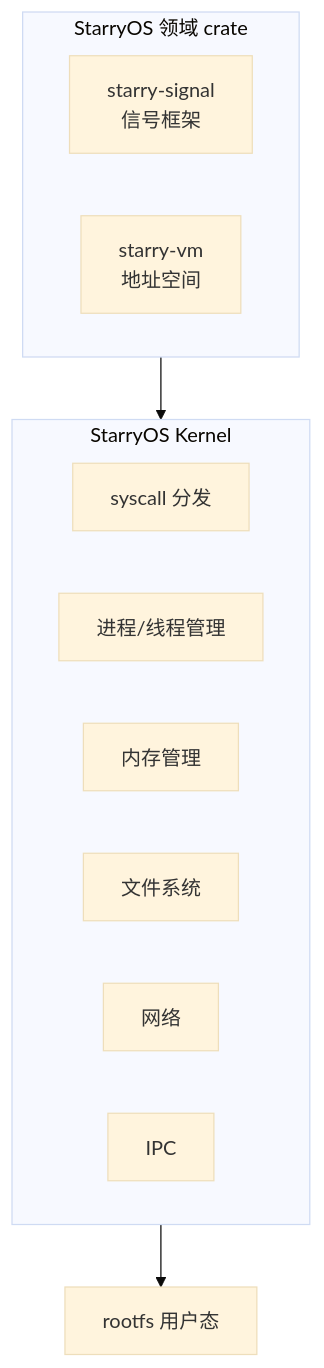
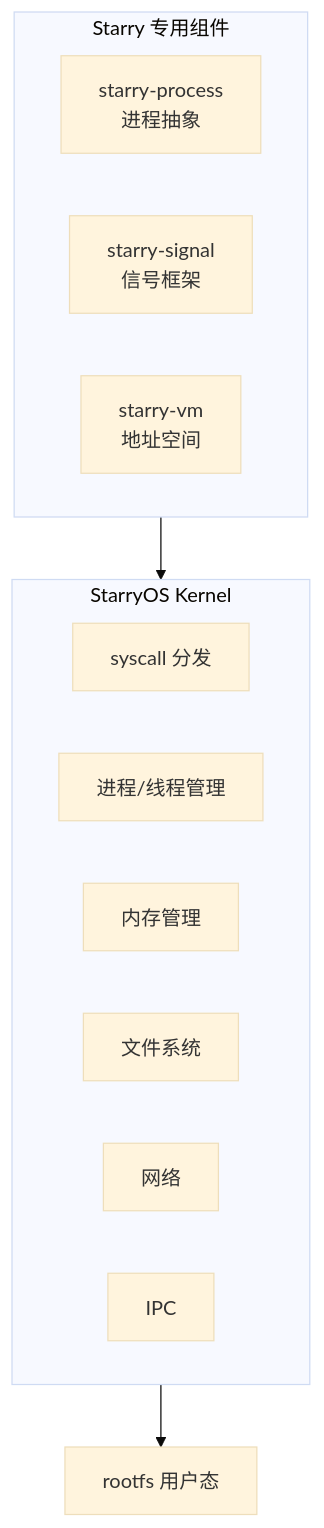
The third of 4 diagrams in docs/docs/introduction/overview.md (Dirinkbottle/tgoskits), drawn with Mermaid (base theme) before and after one commit. The commit also changed other lines of this file and 3840 other files, not shown here.

````diff
--- a/docs/docs/introduction/overview.md
+++ b/docs/docs/introduction/overview.md
@@ -201,19 +201,20 @@
 ```mermaid
 flowchart TD
-    subgraph starry_components["StarryOS 领域 crate"]
+    subgraph starry_components["Starry 专用组件"]
+        proc["starry-process<br/>进程抽象"]
         sig["starry-signal<br/>信号框架"]
         vm["starry-vm<br/>地址空间"]
     end
 
     subgraph kernel["StarryOS Kernel"]
         syscall["syscall 分发"]
         task["进程/线程管理"]
         mm["内存管理"]
         file["文件系统"]
         net["网络"]
         ipc["IPC"]
     end
 
     starry_components --> kernel
     kernel --> rootfs["rootfs 用户态"]
 ```
````
